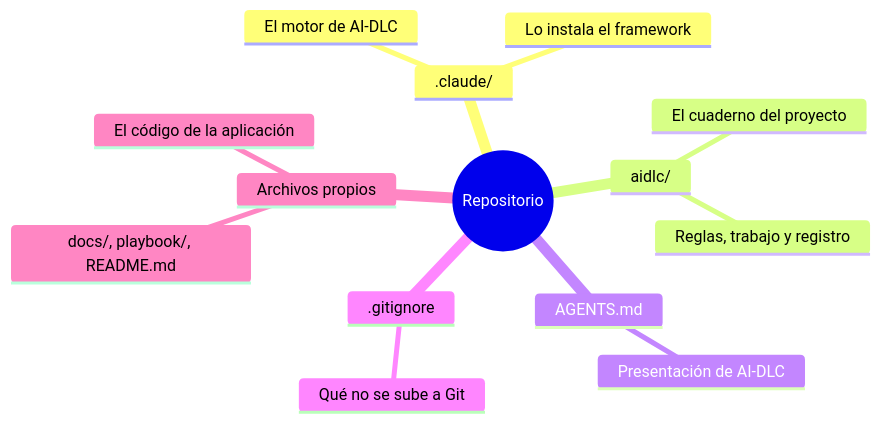
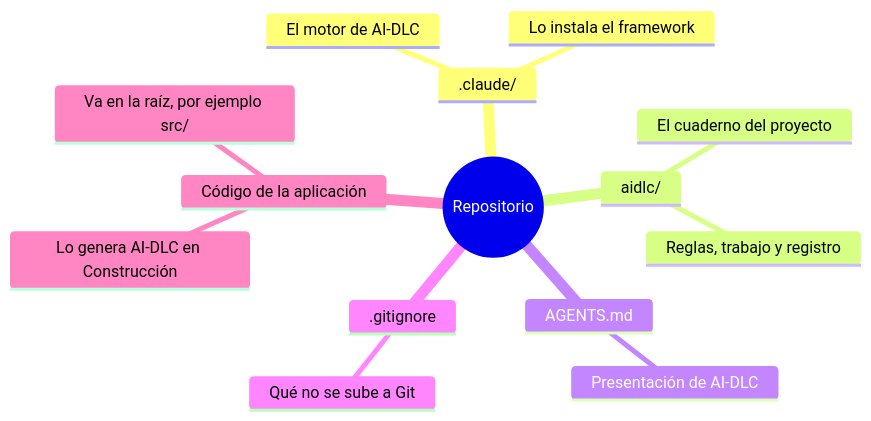
Before and after one commit to agentile1sp/panel: the first of 4 diagrams in playbook/02-anatomia-del-repo/00-mapa-general.md, drawn with Mermaid. The commit also changed other lines of this file, not shown here.

Commit message:
docs(playbook): quitar docs/ y playbook/ del mapa y precisar dónde va el código

````diff
--- a/playbook/02-anatomia-del-repo/00-mapa-general.md
+++ b/playbook/02-anatomia-del-repo/00-mapa-general.md
@@ -13,17 +13,17 @@
 ```mermaid
 mindmap
   root((Repositorio))
     .claude/
       El motor de AI-DLC
       Lo instala el framework
     aidlc/
       El cuaderno del proyecto
       Reglas, trabajo y registro
     AGENTS.md
       Presentación de AI-DLC
     .gitignore
       Qué no se sube a Git
-    Archivos propios
-      docs/, playbook/, README.md
-      El código de la aplicación
+    Código de la aplicación
+      Lo genera AI-DLC en Construcción
+      Va en la raíz, por ejemplo src/
 ```
````
